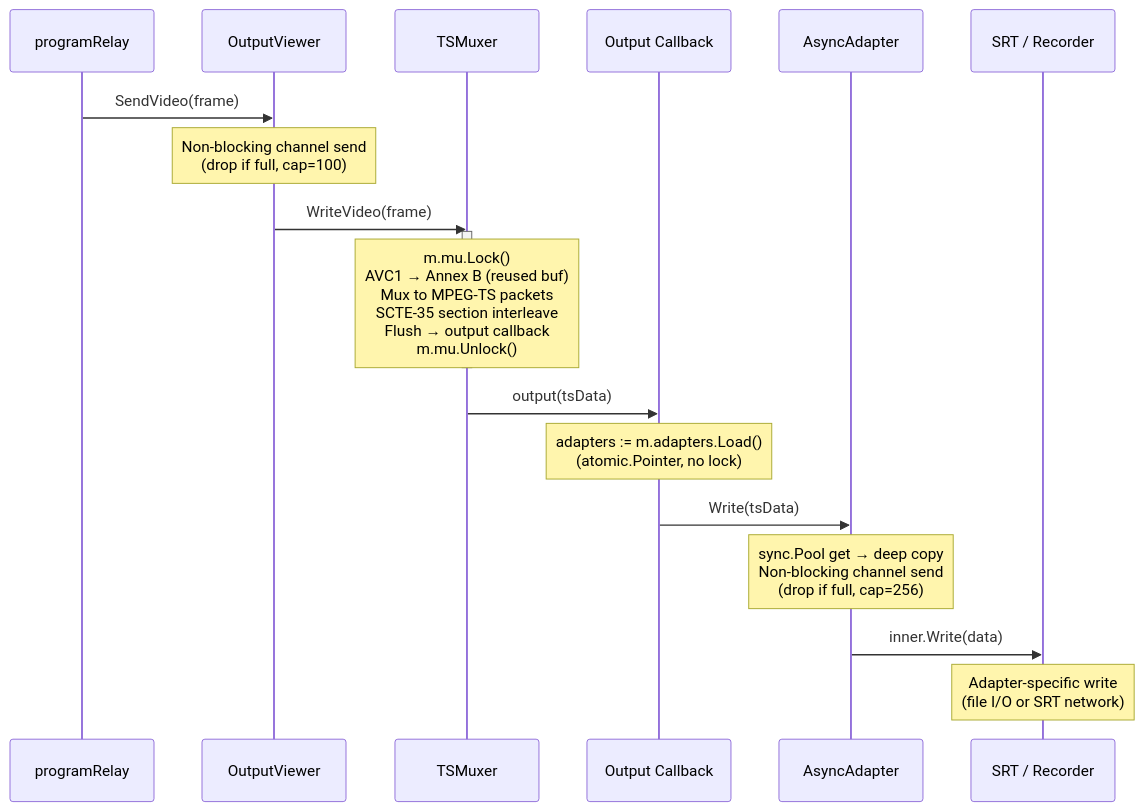
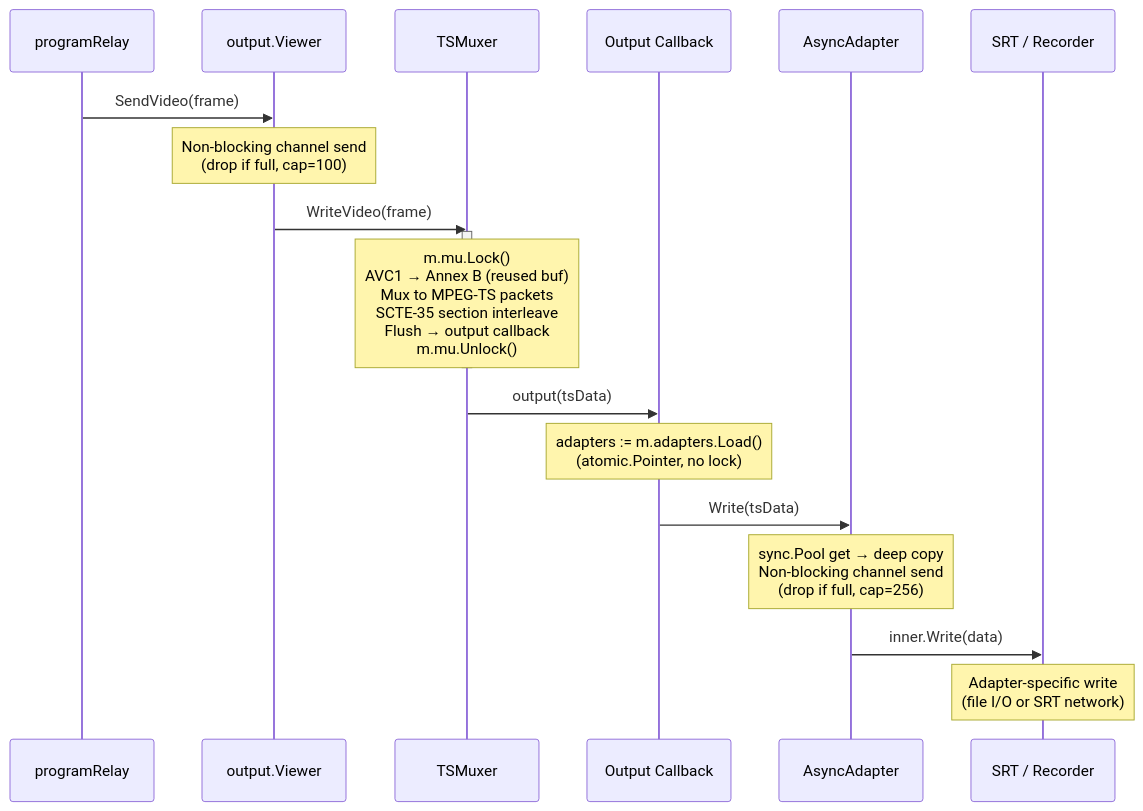
The sixth of 7 diagrams in docs/locking-and-concurrency.md (zsiec/switchframe), drawn with Mermaid before and after one commit. The commit also changed other lines of this file and 4 other files, not shown here.

````diff
--- a/docs/locking-and-concurrency.md
+++ b/docs/locking-and-concurrency.md
@@ -332,26 +332,26 @@
 ```mermaid
 sequenceDiagram
     participant PR as programRelay
-    participant OV as OutputViewer
+    participant OV as output.Viewer
     participant MUX as TSMuxer
     participant CB as Output Callback
     participant AA as AsyncAdapter
     participant SRT as SRT / Recorder
 
     PR->>OV: SendVideo(frame)
     Note over OV: Non-blocking channel send<br/>(drop if full, cap=100)
 
     OV->>MUX: WriteVideo(frame)
     activate MUX
     Note over MUX: m.mu.Lock()<br/>AVC1 → Annex B (reused buf)<br/>Mux to MPEG-TS packets<br/>SCTE-35 section interleave<br/>Flush → output callback<br/>m.mu.Unlock()
     deactivate MUX
 
     MUX->>CB: output(tsData)
     Note over CB: adapters := m.adapters.Load()<br/>(atomic.Pointer, no lock)
 
     CB->>AA: Write(tsData)
     Note over AA: sync.Pool get → deep copy<br/>Non-blocking channel send<br/>(drop if full, cap=256)
 
     AA->>SRT: inner.Write(data)
     Note over SRT: Adapter-specific write<br/>(file I/O or SRT network)
 ```
````
